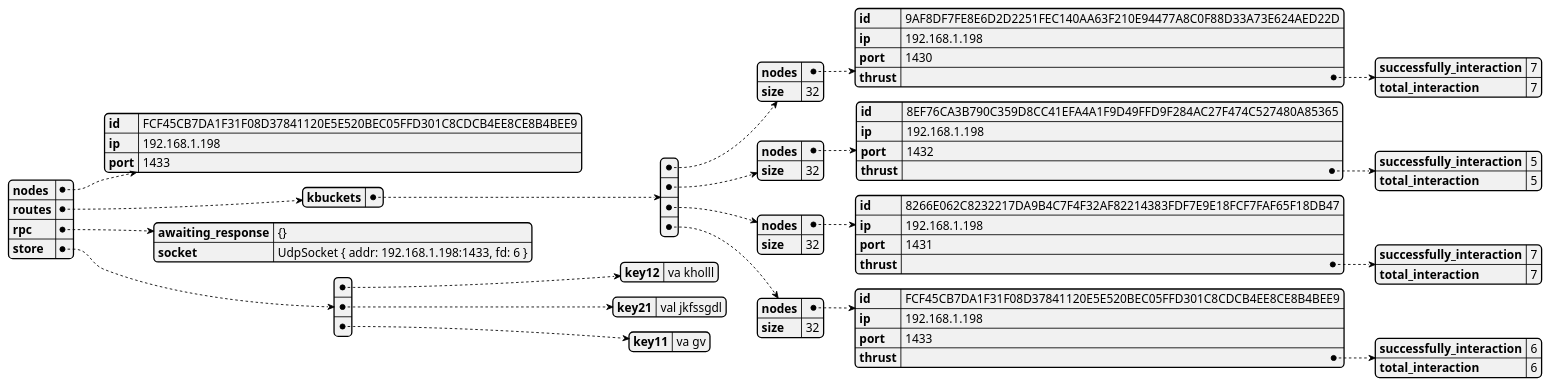
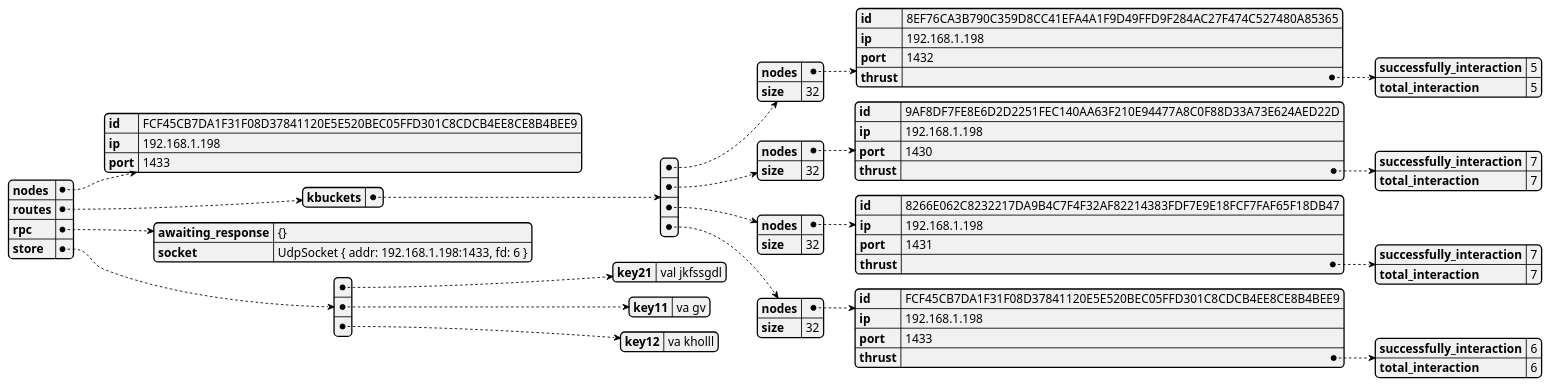
One commit to GoliathHagar/distributed_legder_kademlia changed the diagram in src/distributed_legder/state_dumps/test-contact-3.json.plantuml. Above: the diagram before and after it, drawn with PlantUML. The commit also changed 9 other files, not shown here.

```diff
--- a/src/distributed_legder/state_dumps/test-contact-3.json.plantuml
+++ b/src/distributed_legder/state_dumps/test-contact-3.json.plantuml
@@ -1,3 +1,3 @@
 @startjson
-{"nodes":{"id":"FCF45CB7DA1F31F08D37841120E5E520BEC05FFD301C8CDCB4EE8CE8B4BEE9","ip":"192.168.1.198","port":1433},"routes":{"kbuckets":[{"nodes":{"id":"9AF8DF7FE8E6D2D2251FEC140AA63F210E94477A8C0F88D33A73E624AED22D","ip":"192.168.1.198","port":1430,"thrust":{"successfully_interaction":7,"total_interaction":7}},"size":32},{"nodes":{"id":"8EF76CA3B790C359D8CC41EFA4A1F9D49FFD9F284AC27F474C527480A85365","ip":"192.168.1.198","port":1432,"thrust":{"successfully_interaction":5,"total_interaction":5}},"size":32},{"nodes":{"id":"8266E062C8232217DA9B4C7F4F32AF82214383FDF7E9E18FCF7FAF65F18DB47","ip":"192.168.1.198","port":1431,"thrust":{"successfully_interaction":7,"total_interaction":7}},"size":32},{"nodes":{"id":"FCF45CB7DA1F31F08D37841120E5E520BEC05FFD301C8CDCB4EE8CE8B4BEE9","ip":"192.168.1.198","port":1433,"thrust":{"successfully_interaction":6,"total_interaction":6}},"size":32}]},"rpc":{"awaiting_response":"{}","socket":"UdpSocket { addr: 192.168.1.198:1433, fd: 6 }"},"store":[{"key12":"va kholll"},{"key21":"val jkfssgdl"},{"key11":"va gv"}]}
+{"nodes":{"id":"FCF45CB7DA1F31F08D37841120E5E520BEC05FFD301C8CDCB4EE8CE8B4BEE9","ip":"192.168.1.198","port":1433},"routes":{"kbuckets":[{"nodes":{"id":"8EF76CA3B790C359D8CC41EFA4A1F9D49FFD9F284AC27F474C527480A85365","ip":"192.168.1.198","port":1432,"thrust":{"successfully_interaction":5,"total_interaction":5}},"size":32},{"nodes":{"id":"9AF8DF7FE8E6D2D2251FEC140AA63F210E94477A8C0F88D33A73E624AED22D","ip":"192.168.1.198","port":1430,"thrust":{"successfully_interaction":7,"total_interaction":7}},"size":32},{"nodes":{"id":"8266E062C8232217DA9B4C7F4F32AF82214383FDF7E9E18FCF7FAF65F18DB47","ip":"192.168.1.198","port":1431,"thrust":{"successfully_interaction":7,"total_interaction":7}},"size":32},{"nodes":{"id":"FCF45CB7DA1F31F08D37841120E5E520BEC05FFD301C8CDCB4EE8CE8B4BEE9","ip":"192.168.1.198","port":1433,"thrust":{"successfully_interaction":6,"total_interaction":6}},"size":32}]},"rpc":{"awaiting_response":"{}","socket":"UdpSocket { addr: 192.168.1.198:1433, fd: 6 }"},"store":[{"key21":"val jkfssgdl"},{"key11":"va gv"},{"key12":"va kholll"}]}
 @endjson
```
